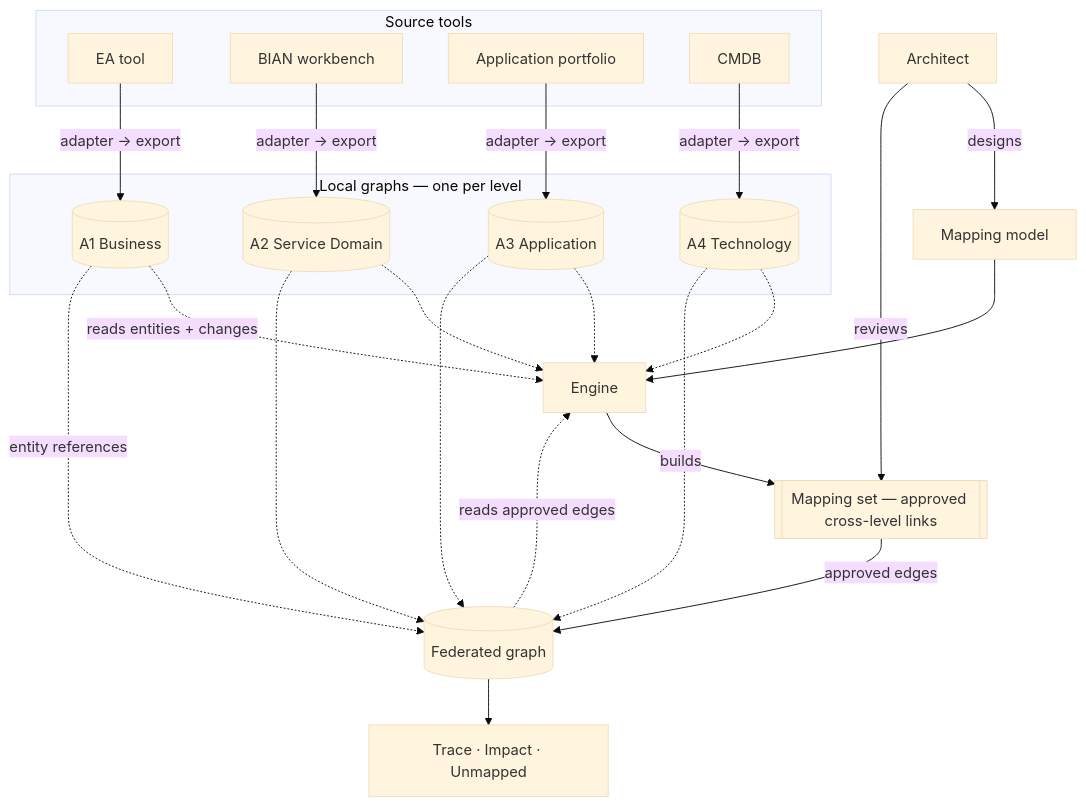
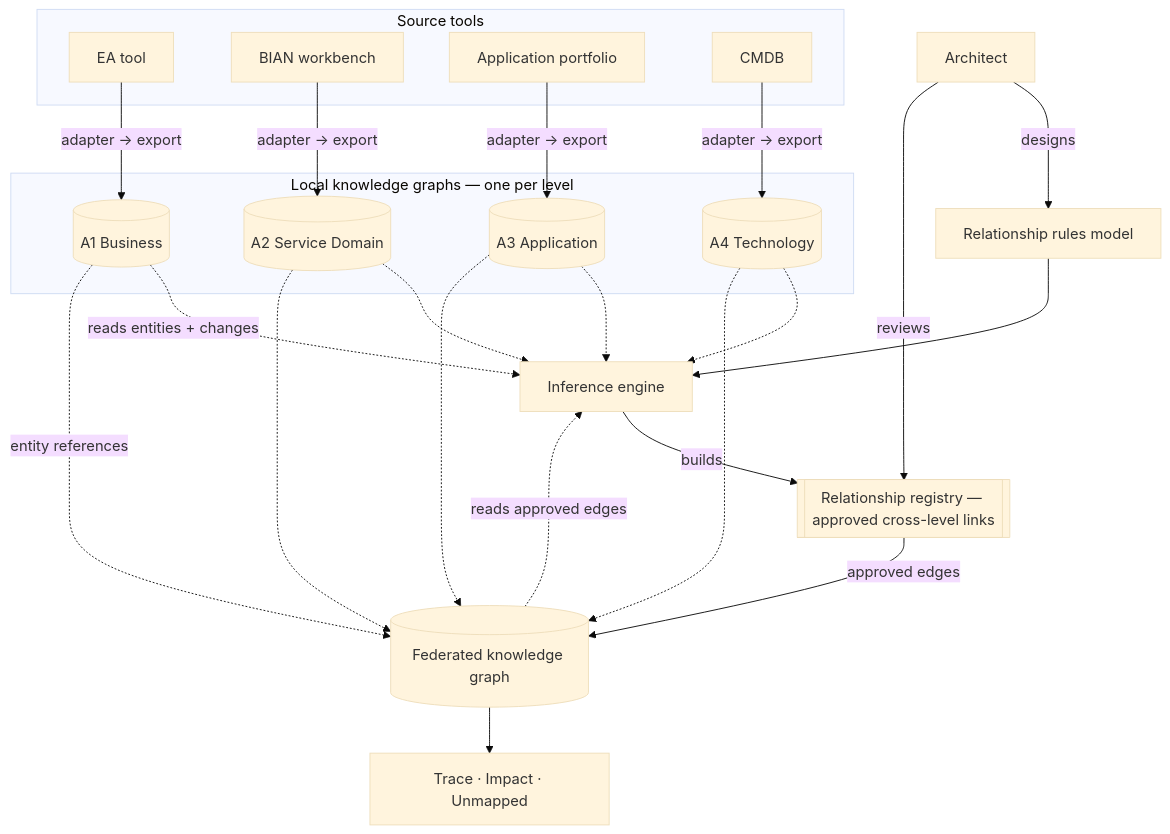
One commit to taumoeps/bian-sdem-framework changed the first of 2 diagrams in docs/knowledge-graph-spec.md. Above: the diagram before and after it, drawn with Mermaid (base theme). The commit also changed other lines of this file and 88 other files, not shown here.

````diff
--- a/docs/knowledge-graph-spec.md
+++ b/docs/knowledge-graph-spec.md
@@ -13,37 +13,37 @@
 ```mermaid
 flowchart TB
     subgraph SOURCES[Source tools]
       T1[EA tool]
       T2[BIAN workbench]
       T3[Application portfolio]
       T4[CMDB]
     end
-    subgraph LOCAL[Local graphs — one per level]
+    subgraph LOCAL[Local knowledge graphs — one per level]
       L1[(A1 Business)]
       L2[(A2 Service Domain)]
       L3[(A3 Application)]
       L4[(A4 Technology)]
     end
-    MD[[Mapping set — approved cross-level links]]
-    FED[(Federated graph)]
+    MD[[Relationship registry — approved cross-level links]]
+    FED[(Federated knowledge graph)]
     Q[Trace · Impact · Unmapped]
     T1 -->|adapter → export| L1
     T2 -->|adapter → export| L2
     T3 -->|adapter → export| L3
     T4 -->|adapter → export| L4
-    MMOD[Mapping model] --> ENG
+    MMOD[Relationship rules model] --> ENG
     ARCH[Architect] -->|designs| MMOD
-    ENG[Engine] -->|builds| MD
+    ENG[Inference engine] -->|builds| MD
     ARCH -->|reviews| MD
     L1 -.->|reads entities + changes| ENG
     L2 -.-> ENG
     L3 -.-> ENG
     L4 -.-> ENG
     FED -.->|reads approved edges| ENG
     L1 -.->|entity references| FED
     L2 -.-> FED
     L3 -.-> FED
     L4 -.-> FED
     MD -->|approved edges| FED
     FED --> Q
 ```
````
